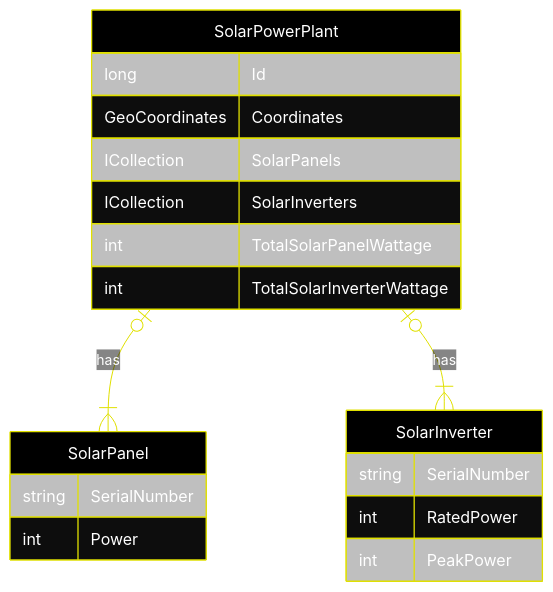
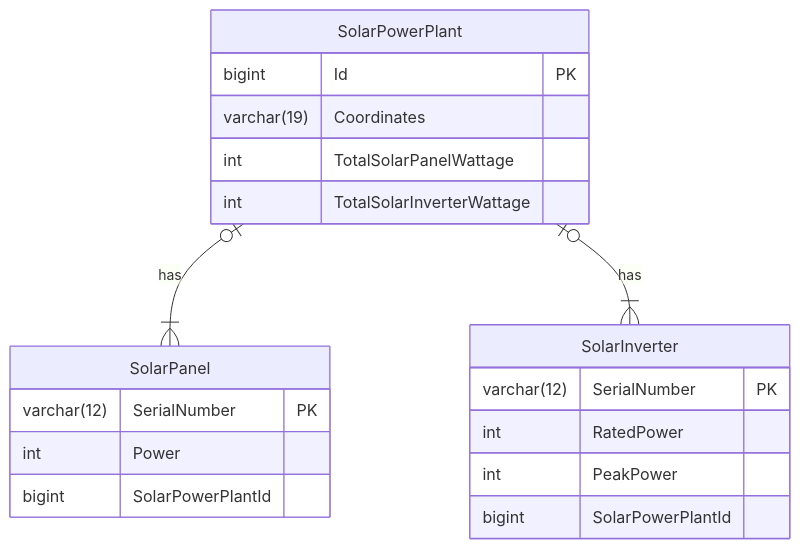
The diagram in README.md (igor-u/jambo-web-api), drawn with Mermaid before and after one commit. The commit also changed other lines of this file, not shown here.

````diff
--- a/README.md
+++ b/README.md
@@ -10,33 +10,36 @@
 ```mermaid
-%%{
-  init: {
-    'theme': 'base',
-    'themeVariables': {
-      'primaryColor': '#000',
-      'primaryTextColor': '#fff',
-      'primaryBorderColor': '#e0e000',
-      'lineColor': '#e0e000'
-    }
-  }
-}%%
+%%{init: {
+  "theme": "default",
+  "themeCSS": [
+    ".er.relationshipLabel { fill: white ; }",
+    ".er.attributeBoxEven { fill : black; }",
+    ".er.attributeBoxOdd { fill : black; }",
+    ".er.attributeBoxEven { stroke : #e0e000; }",
+    ".er.attributeBoxOdd { stroke : #e0e000; }",
+    ".er.entityLabel { fill: white; }",
+    ".er.relationshipLabelBox { fill: transparent; }", 
+    ".er.entityBox { fill: black; }",
+    ".er.entityBox { stroke: #e0e000; }"
+    ]
+}}%%
 erDiagram
       SolarPowerPlant o|--|{ SolarPanel : has
       SolarPowerPlant o|--|{ SolarInverter : has
       SolarPowerPlant {
-        long Id
-        GeoCoordinates Coordinates
-        ICollection SolarPanels
-        ICollection SolarInverters
+        bigint Id PK
+        varchar(19) Coordinates
         int TotalSolarPanelWattage
         int TotalSolarInverterWattage
     }
       SolarPanel{
-        string SerialNumber
+        varchar(12) SerialNumber PK
         int Power
+        bigint SolarPowerPlantId
       }
       SolarInverter{
-        string SerialNumber
+        varchar(12) SerialNumber PK
         int RatedPower
         int PeakPower
+        bigint SolarPowerPlantId
       }
 ```
````
